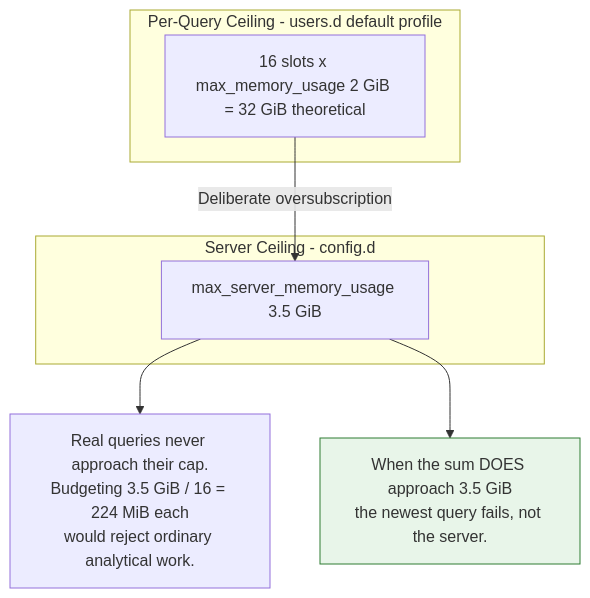
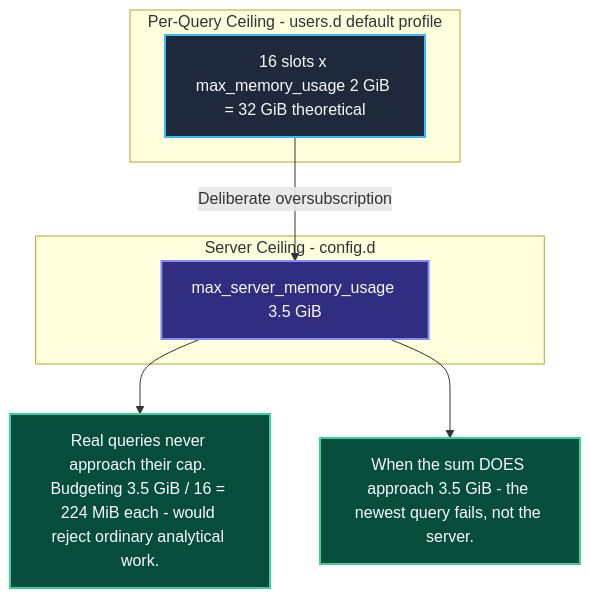
One commit to Chief-Strategist-J/llm-obs-infra changed the seventh of 17 diagrams in docs/configDoc/clickhouse-configuration-guide.md. Above: the diagram before and after it, drawn with Mermaid. The commit also changed other lines of this file, not shown here.

First line of the commit message:
fix(clickhouse-docs): repair Mermaid rendering, colour all diagrams, strip pseudocode comments

````diff
--- a/docs/configDoc/clickhouse-configuration-guide.md
+++ b/docs/configDoc/clickhouse-configuration-guide.md
@@ -898,16 +966,19 @@
 ```mermaid
 graph TD
     subgraph Server ["Server Ceiling - config.d"]
         S1["max_server_memory_usage 3.5 GiB"]
     end
 
     subgraph Profile ["Per-Query Ceiling - users.d default profile"]
         P1["16 slots x max_memory_usage 2 GiB = 32 GiB theoretical"]
     end
 
     P1 -->|Deliberate oversubscription| S1
-    S1 --> R1["Real queries never approach their cap.<br/>Budgeting 3.5 GiB / 16 = 224 MiB each<br/>would reject ordinary analytical work."]
-    S1 --> R2["When the sum DOES approach 3.5 GiB<br/>the newest query fails, not the server."]
+    S1 --> R1["Real queries never approach their cap. Budgeting 3.5 GiB / 16 = 224 MiB each - would reject ordinary analytical work."]
+    S1 --> R2["When the sum DOES approach 3.5 GiB - the newest query fails, not the server."]
 
-    style R2 fill:#e8f5e9,stroke:#2e7d32
+    style S1 fill:#312e81,stroke:#818cf8,stroke-width:2px,color:#f8fafc
+    style P1 fill:#1e293b,stroke:#38bdf8,stroke-width:2px,color:#f8fafc
+    style R1 fill:#064e3b,stroke:#34d399,stroke-width:2px,color:#f8fafc
+    style R2 fill:#064e3b,stroke:#34d399,stroke-width:2px,color:#f8fafc
 ```
````
